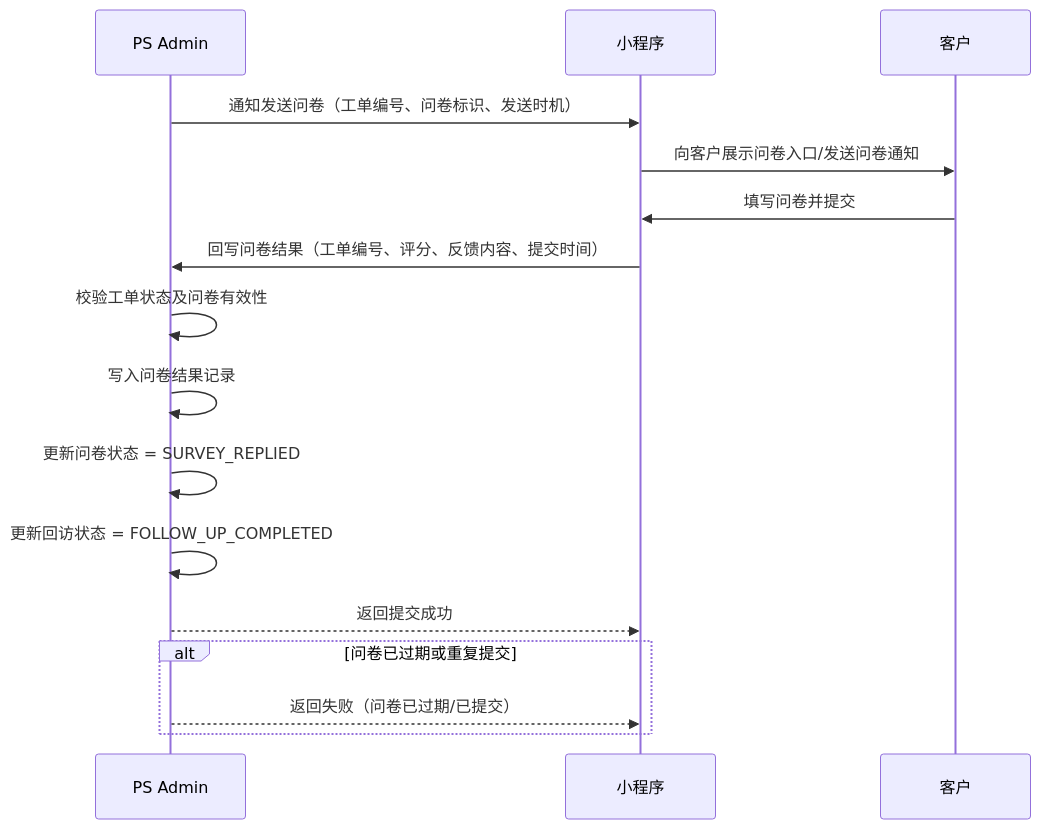
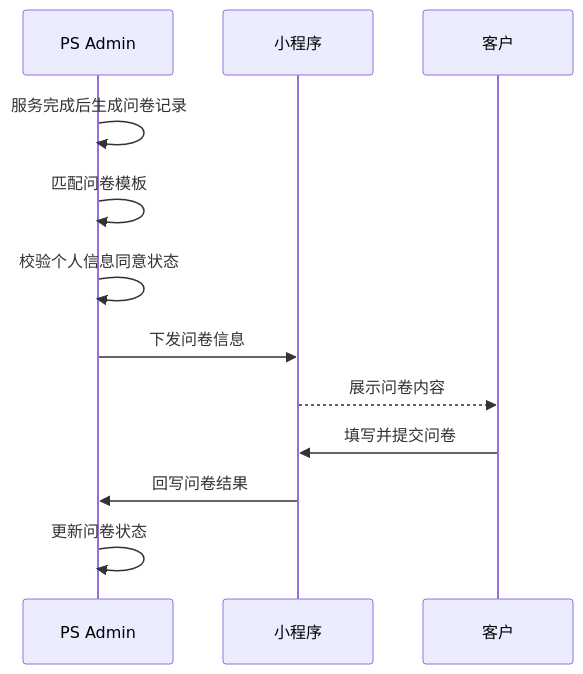
Before and after one commit to guguohai/gmps: diagram 12 of 33 in 文档/GM系统需求说明.md, drawn with Mermaid. The commit also changed other lines of this file and 2 other files, not shown here.

````diff
--- a/文档/GM系统需求说明.md
+++ b/文档/GM系统需求说明.md
@@ -794,31 +910,15 @@
 ```mermaid
 sequenceDiagram
+    participant A as PS Admin
+    participant M as 小程序
+    participant C as 客户
 
-participant A as PS Admin
-participant M as 小程序
-participant U as 客户
-
-%% 问卷发送通知
-A ->> M: 通知发送问卷（工单编号、问卷标识、发送时机）
-M ->> U: 向客户展示问卷入口/发送问卷通知
-
-%% 用户填写问卷
-U ->> M: 填写问卷并提交
-
-%% 问卷结果回写
-M ->> A: 回写问卷结果（工单编号、评分、反馈内容、提交时间）
-
-%% PS Admin处理结果
-A ->> A: 校验工单状态及问卷有效性
-A ->> A: 写入问卷结果记录
-A ->> A: 更新问卷状态 = SURVEY_REPLIED
-A ->> A: 更新回访状态 = FOLLOW_UP_COMPLETED
-
-%% 返回处理结果
-A -->> M: 返回提交成功
-
-%% 异常处理
-alt 问卷已过期或重复提交
-    A -->> M: 返回失败（问卷已过期/已提交）
-end
+    A->>A: 服务完成后生成问卷记录
+    A->>A: 匹配问卷模板
+    A->>A: 校验个人信息同意状态
+    A->>M: 下发问卷信息
+    M-->>C: 展示问卷内容
+    C->>M: 填写并提交问卷
+    M->>A: 回写问卷结果
+    A->>A: 更新问卷状态
 ```
````
